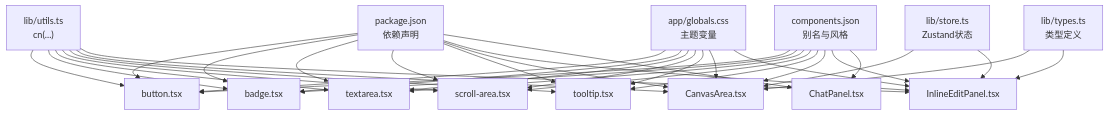
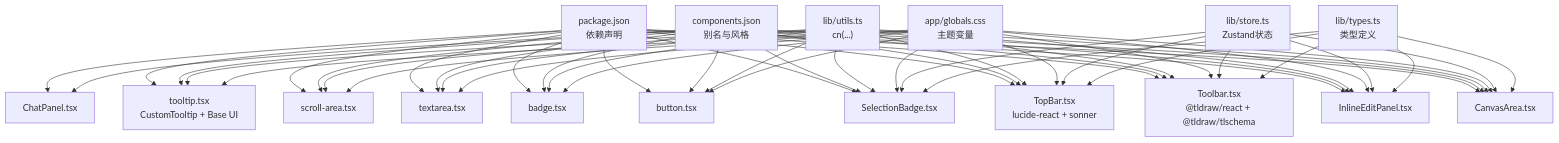
Diagram 13 of 13 in .qoder/repowiki/zh/content/UI 组件系统.md (billye220670/BananaFlow2), drawn with Mermaid before and after one commit. The commit also changed other lines of this file and 10 other files, not shown here.

````diff
--- a/.qoder/repowiki/zh/content/UI 组件系统.md
+++ b/.qoder/repowiki/zh/content/UI 组件系统.md
@@ -545,51 +732,72 @@
 ```mermaid
 graph TB
 PKG["package.json<br/>依赖声明"]
 CFG["components.json<br/>别名与风格"]
 UTILS["lib/utils.ts<br/>cn(...)"]
 THEME["app/globals.css<br/>主题变量"]
 STORE["lib/store.ts<br/>Zustand状态"]
 TYPES["lib/types.ts<br/>类型定义"]
 BTN["button.tsx"]
 BADGE["badge.tsx"]
 TEXTAREA["textarea.tsx"]
 SCROLL["scroll-area.tsx"]
-TOOLTIP["tooltip.tsx"]
+TOOLTIP["tooltip.tsx<br/>CustomTooltip + Base UI"]
 CANVAS["CanvasArea.tsx"]
 INLINEEDIT["InlineEditPanel.tsx"]
+TOOLBAR["Toolbar.tsx<br/>@tldraw/react + @tldraw/tlschema"]
+TOPBAR["TopBar.tsx<br/>lucide-react + sonner"]
+SELECTIONBADGE["SelectionBadge.tsx"]
 CHAT["ChatPanel.tsx"]
 PKG --> BTN
 PKG --> BADGE
 PKG --> TEXTAREA
 PKG --> SCROLL
 PKG --> TOOLTIP
 PKG --> CANVAS
 PKG --> INLINEEDIT
+PKG --> TOOLBAR
+PKG --> TOPBAR
+PKG --> SELECTIONBADGE
 PKG --> CHAT
 CFG --> BTN
 CFG --> BADGE
 CFG --> TEXTAREA
 CFG --> SCROLL
 CFG --> TOOLTIP
 CFG --> CANVAS
 CFG --> INLINEEDIT
+CFG --> TOOLBAR
+CFG --> TOPBAR
+CFG --> SELECTIONBADGE
 CFG --> CHAT
 UTILS --> BTN
 UTILS --> BADGE
 UTILS --> TEXTAREA
 UTILS --> SCROLL
 UTILS --> TOOLTIP
 UTILS --> CANVAS
 UTILS --> INLINEEDIT
+UTILS --> TOOLBAR
+UTILS --> TOPBAR
+UTILS --> SELECTIONBADGE
 THEME --> BTN
 THEME --> BADGE
 THEME --> TEXTAREA
 THEME --> SCROLL
 THEME --> TOOLTIP
 THEME --> CANVAS
 THEME --> INLINEEDIT
+THEME --> TOOLBAR
+THEME --> TOPBAR
+THEME --> SELECTIONBADGE
 STORE --> CANVAS
 STORE --> INLINEEDIT
+STORE --> TOOLBAR
+STORE --> TOPBAR
+STORE --> SELECTIONBADGE
 TYPES --> CANVAS
 TYPES --> INLINEEDIT
+TYPES --> TOOLBAR
+TYPES --> TOPBAR
+TYPES --> SELECTIONBADGE
 ```
````
